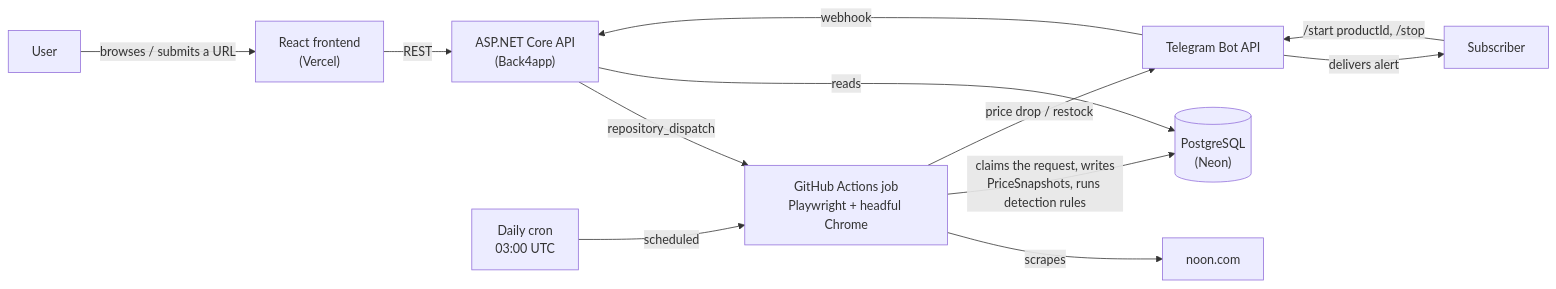
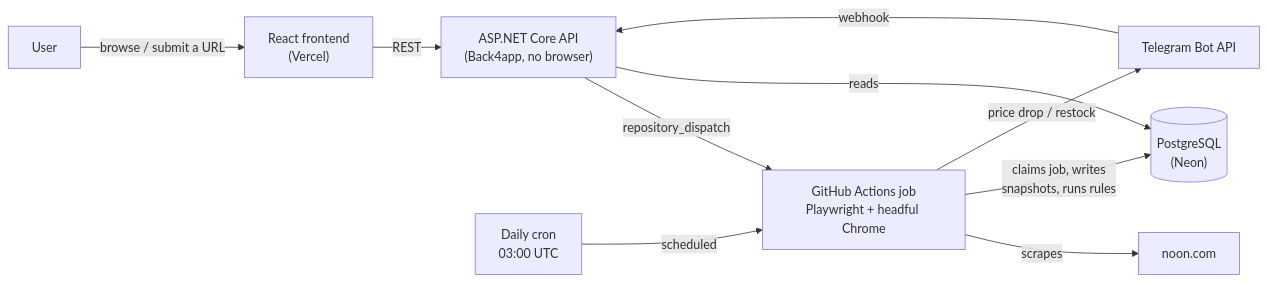
The diagram in README.md (alieldeenahmed/Noon-Scraper), drawn with Mermaid before and after one commit. The commit also changed other lines of this file, not shown here.

````diff
--- a/README.md
+++ b/README.md
@@ -75,14 +17,12 @@
 ```mermaid
 flowchart LR
-    User -->|browses / submits a URL| FE["React frontend<br/>(Vercel)"]
-    FE -->|REST| API["ASP.NET Core API<br/>(Back4app)"]
+    User -->|browse / submit a URL| FE["React frontend<br/>(Vercel)"]
+    FE -->|REST| API["ASP.NET Core API<br/>(Back4app, no browser)"]
     API -->|repository_dispatch| GHA["GitHub Actions job<br/>Playwright + headful Chrome"]
     Cron["Daily cron<br/>03:00 UTC"] -->|scheduled| GHA
     GHA -->|scrapes| Noon[noon.com]
-    GHA -->|claims the request, writes<br/>PriceSnapshots, runs detection rules| DB[("PostgreSQL<br/>(Neon)")]
+    GHA -->|claims job, writes<br/>snapshots, runs rules| DB[("PostgreSQL<br/>(Neon)")]
     API -->|reads| DB
     GHA -->|price drop / restock| TG[Telegram Bot API]
-    TG -->|delivers alert| Subscriber
-    Subscriber -->|/start productId, /stop| TG
     TG -->|webhook| API
 ```
````
